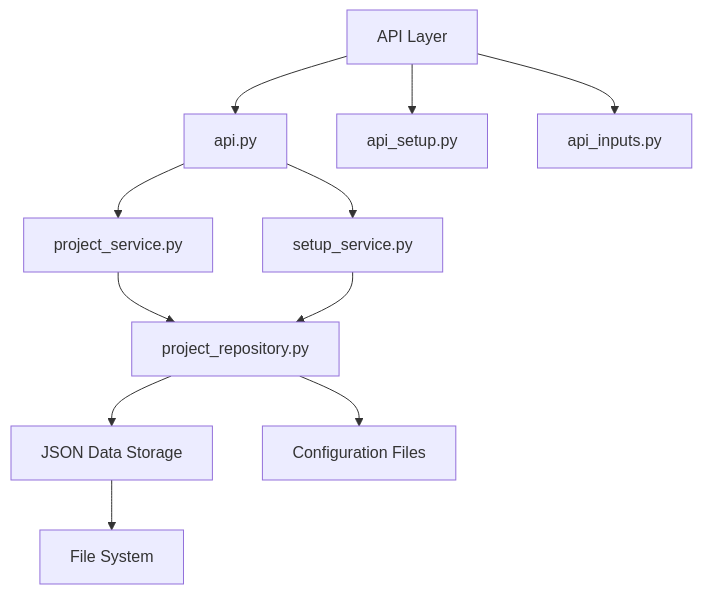
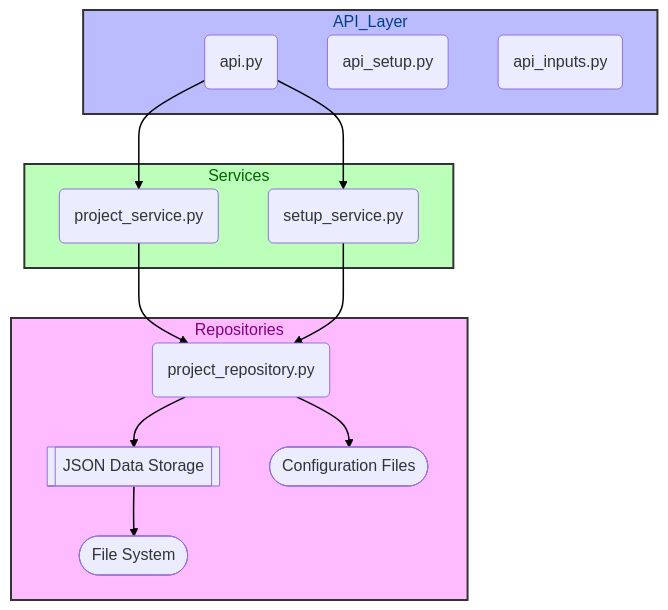
Before and after one commit to Shakour-Data/ProjectManagement: the third of 11 diagrams in Docs/entire_project/architecture.md, drawn with Mermaid. The commit also changed other lines of this file, not shown here.

````diff
--- a/Docs/entire_project/architecture.md
+++ b/Docs/entire_project/architecture.md
@@ -71,13 +116,32 @@
 ```mermaid
 graph TD
-    API[API Layer] --> api_py[api.py]
-    API --> api_setup_py[api_setup.py]
-    API --> api_inputs_py[api_inputs.py]
-    api_py --> project_service[project_service.py]
-    api_py --> setup_service[setup_service.py]
-    project_service --> project_repository[project_repository.py]
-    setup_service --> project_repository
-    project_repository --> DS_JSON[JSON Data Storage]
-    project_repository --> CF[Configuration Files]
-    DS_JSON --> FS[File System]
+    linkStyle default stroke:#000,stroke-width:1.5px
+    subgraph API_Layer
+        style API_Layer fill:#bbf,stroke:#333,stroke-width:2px,color:#004080
+        API(api.py)
+        API_SETUP(api_setup.py)
+        API_INPUTS(api_inputs.py)
+    end
+
+    subgraph Services
+        style Services fill:#bfb,stroke:#333,stroke-width:2px,color:#006400
+        PROJ_SVC(project_service.py)
+        SETUP_SVC(setup_service.py)
+    end
+
+    subgraph Repositories
+        style Repositories fill:#fbf,stroke:#333,stroke-width:2px,color:#800080
+        PROJ_REPO(project_repository.py)
+        JSON_DS[[JSON Data Storage]]
+        CONF_FILES([Configuration Files])
+        FILE_SYS([File System])
+    end
+
+    API --> PROJ_SVC
+    API --> SETUP_SVC
+    PROJ_SVC --> PROJ_REPO
+    SETUP_SVC --> PROJ_REPO
+    PROJ_REPO --> JSON_DS
+    PROJ_REPO --> CONF_FILES
+    JSON_DS --> FILE_SYS
 ```
````
